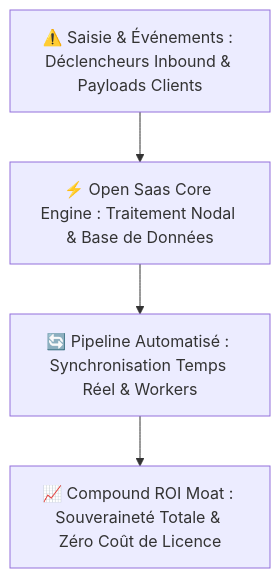
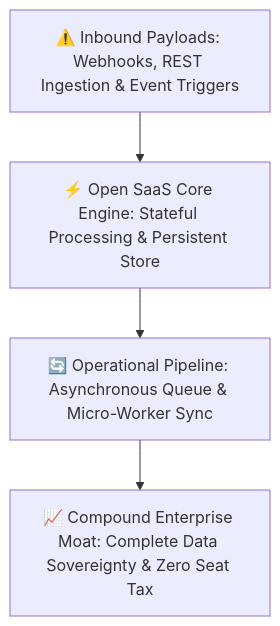
One commit to heliatech-media/saas-radar changed the diagram in site/src/content/repos/open-saas.md. Above: the diagram before and after it, drawn with Mermaid. The commit also changed other lines of this file and 11 other files, not shown here.

Commit message:
feat(repos): migrate all 9 open-source saas teardowns and radar templates to 100% executive english

````diff
--- a/site/src/content/repos/open-saas.md
+++ b/site/src/content/repos/open-saas.md
@@ -38,6 +38,6 @@
 ```mermaid
 flowchart TD
-    Inp["⚠️ Saisie & Événements : Déclencheurs Inbound & Payloads Clients"] --> Eng["⚡ Open Saas Core Engine : Traitement Nodal & Base de Données"]
-    Eng --> Pipe["🔄 Pipeline Automatisé : Synchronisation Temps Réel & Workers"]
-    Pipe --> Moat["📈 Compound ROI Moat : Souveraineté Totale & Zéro Coût de Licence"]
+    Inp["⚠️ Inbound Payloads: Webhooks, REST Ingestion & Event Triggers"] --> Eng["⚡ Open SaaS Core Engine: Stateful Processing & Persistent Store"]
+    Eng --> Pipe["🔄 Operational Pipeline: Asynchronous Queue & Micro-Worker Sync"]
+    Pipe --> Moat["📈 Compound Enterprise Moat: Complete Data Sovereignty & Zero Seat Tax"]
 ```
````
